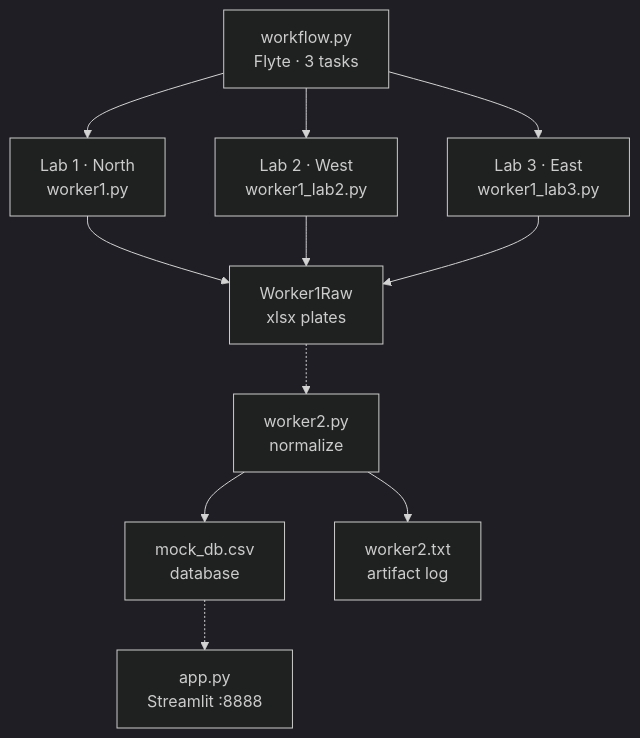
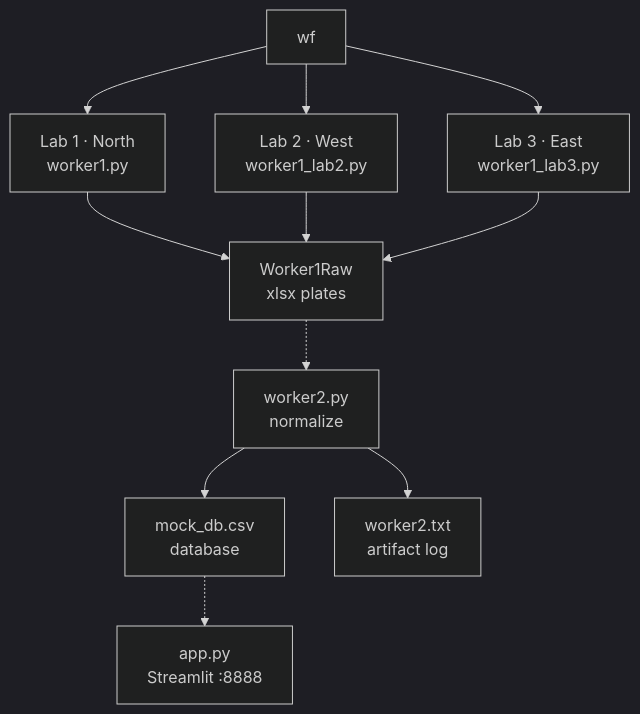
The diagram in ARCHITECTURE.md (gnmuller/DominoTakeHome), drawn with Mermaid (dark theme) before and after one commit.

Commit message:
remove workflow from arch

````diff
--- a/ARCHITECTURE.md
+++ b/ARCHITECTURE.md
@@ -20,20 +20,19 @@
 ```mermaid
 flowchart TD
-  wf["workflow.py<br/>Flyte · 3 tasks"]
   l1["Lab 1 · North<br/>worker1.py"]
   l2["Lab 2 · West<br/>worker1_lab2.py"]
   l3["Lab 3 · East<br/>worker1_lab3.py"]
   raw["Worker1Raw<br/>xlsx plates"]
   w2["worker2.py<br/>normalize"]
   db["mock_db.csv<br/>database"]
   log["worker2.txt<br/>artifact log"]
   app["app.py<br/>Streamlit :8888"]
 
   wf --> l1 --> raw
   wf --> l2 --> raw
   wf --> l3 --> raw
   raw -.-> w2
   w2 --> db
   w2 --> log
   db -.-> app
 ```
````
